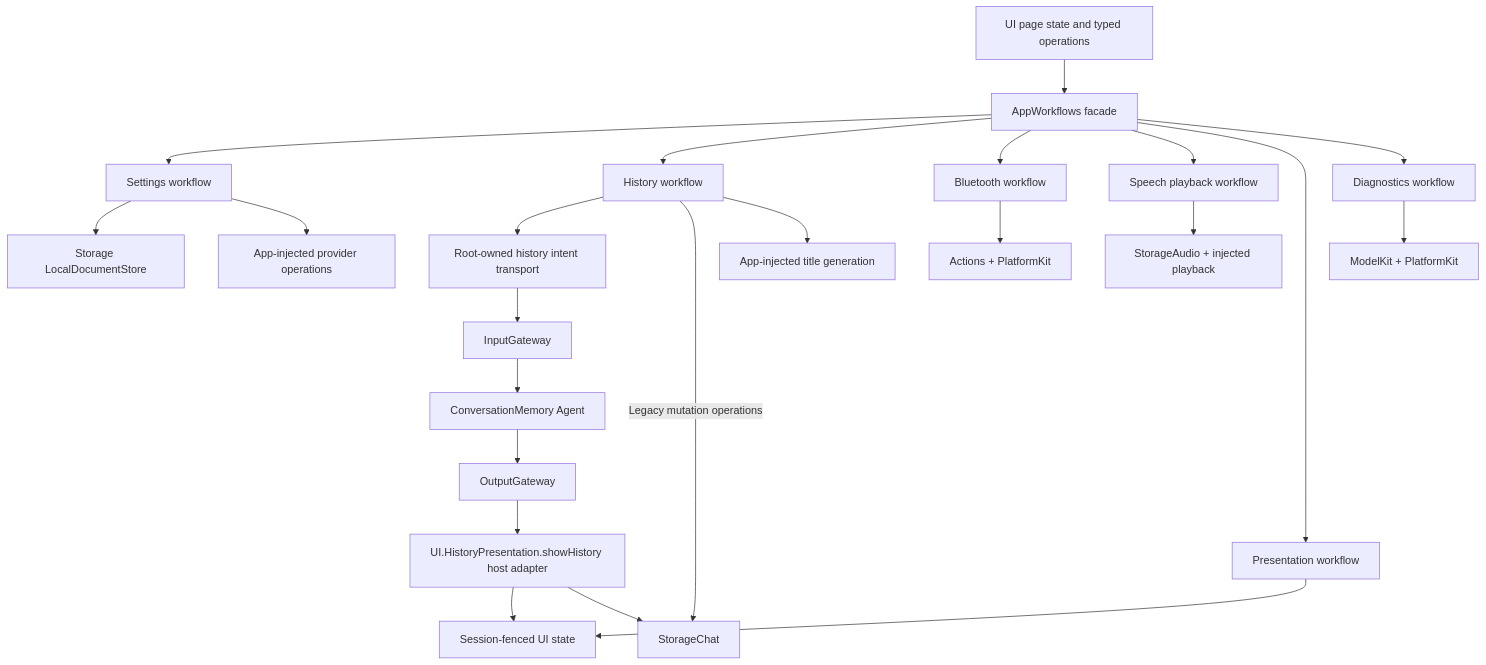
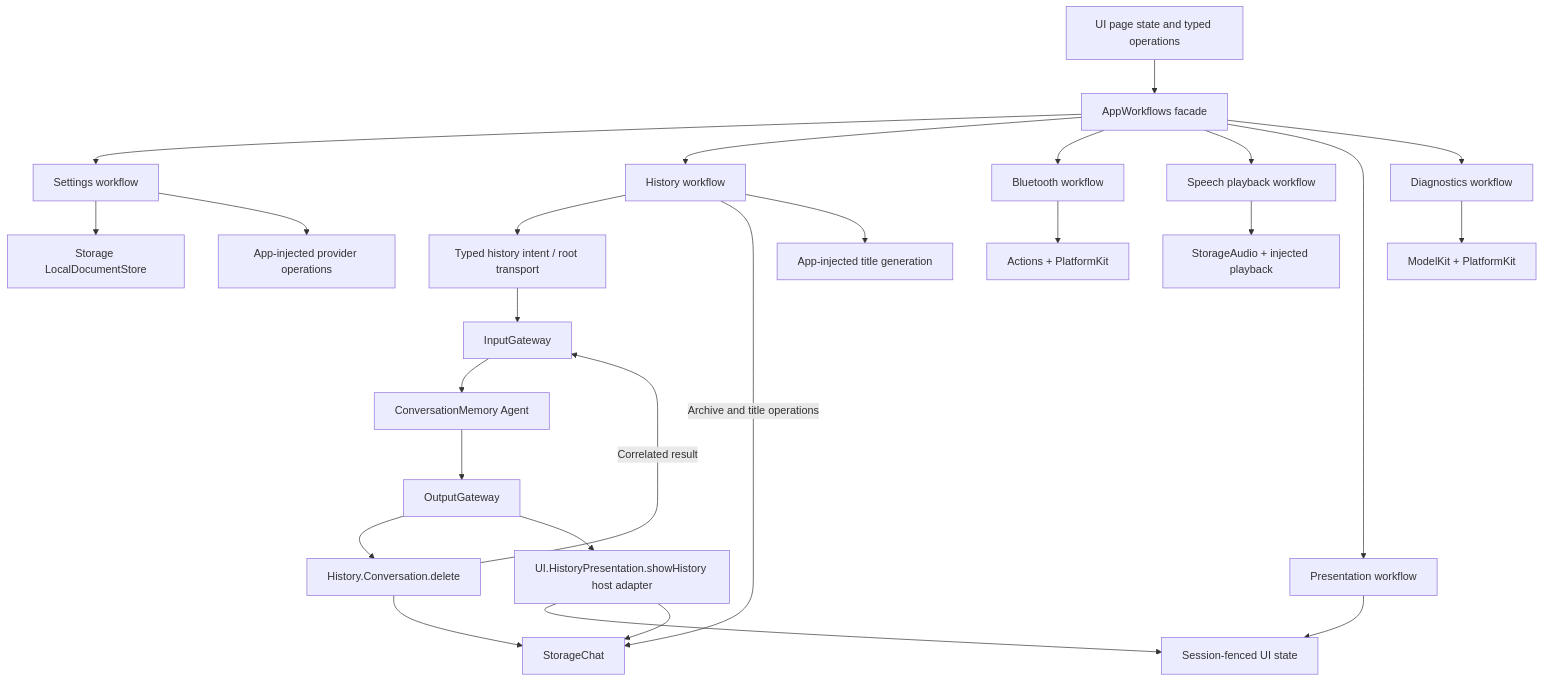
Before and after one commit to devilyouwei/MobileHarness: diagram 15 of 22 in MobileHarness/README.md, drawn with Mermaid. The commit also changed other lines of this file and 23 other files, not shown here.

````diff
--- a/MobileHarness/README.md
+++ b/MobileHarness/README.md
@@ -677,25 +838,28 @@
 ```mermaid
 flowchart TB
     UI[UI page state and typed operations] --> Facade[AppWorkflows facade]
     Facade --> Settings[Settings workflow]
     Facade --> History[History workflow]
     Facade --> Bluetooth[Bluetooth workflow]
     Facade --> Speech[Speech playback workflow]
     Facade --> Presentation[Presentation workflow]
     Facade --> Diagnostics[Diagnostics workflow]
     Settings --> Documents[Storage LocalDocumentStore]
     Settings --> Provider[App-injected provider operations]
-    History --> Intent[Root-owned history intent transport]
+    History --> Intent[Typed history intent / root transport]
     Intent --> Input[InputGateway]
     Input --> Memory[ConversationMemory Agent]
     Memory --> Output[OutputGateway]
+    Output --> Delete[History.Conversation.delete]
+    Delete --> Journal
+    Delete -->|Correlated result| Input
     Output --> Present[UI.HistoryPresentation.showHistory host adapter]
     Present --> State
     Present --> Journal[StorageChat]
-    History -->|Legacy mutation operations| Journal
+    History -->|Archive and title operations| Journal
     History --> Title[App-injected title generation]
     Bluetooth --> Device[Actions + PlatformKit]
     Speech --> Audio[StorageAudio + injected playback]
     Presentation --> State[Session-fenced UI state]
     Diagnostics --> Capabilities[ModelKit + PlatformKit]
 ```
````
